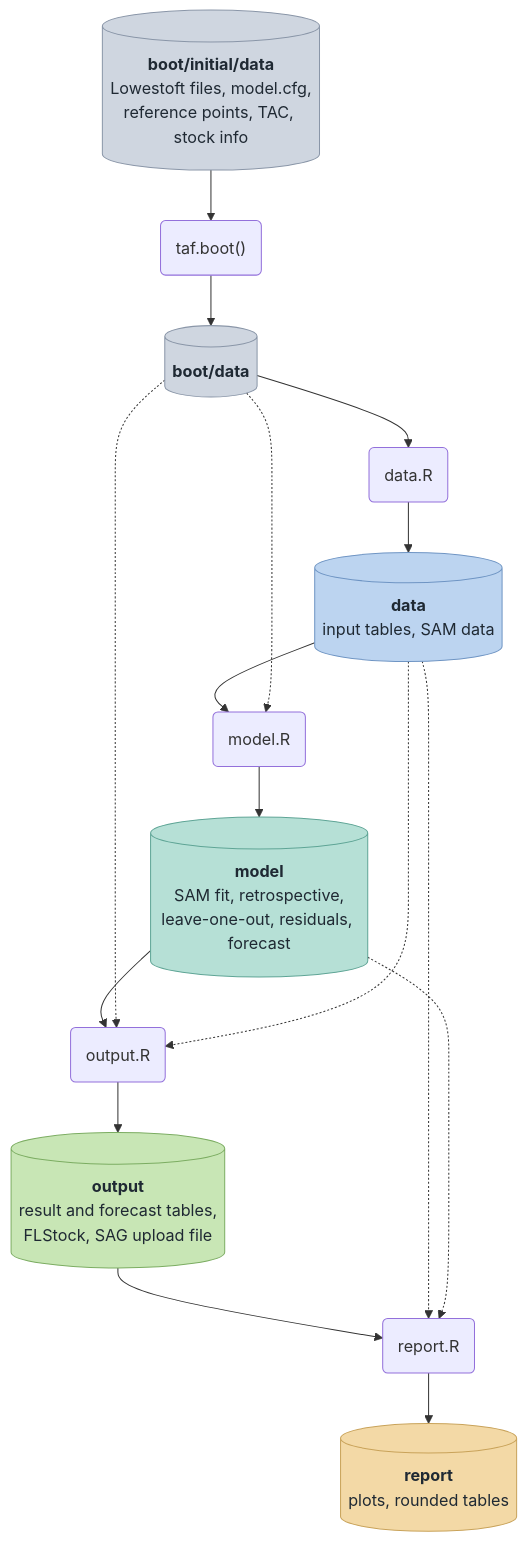
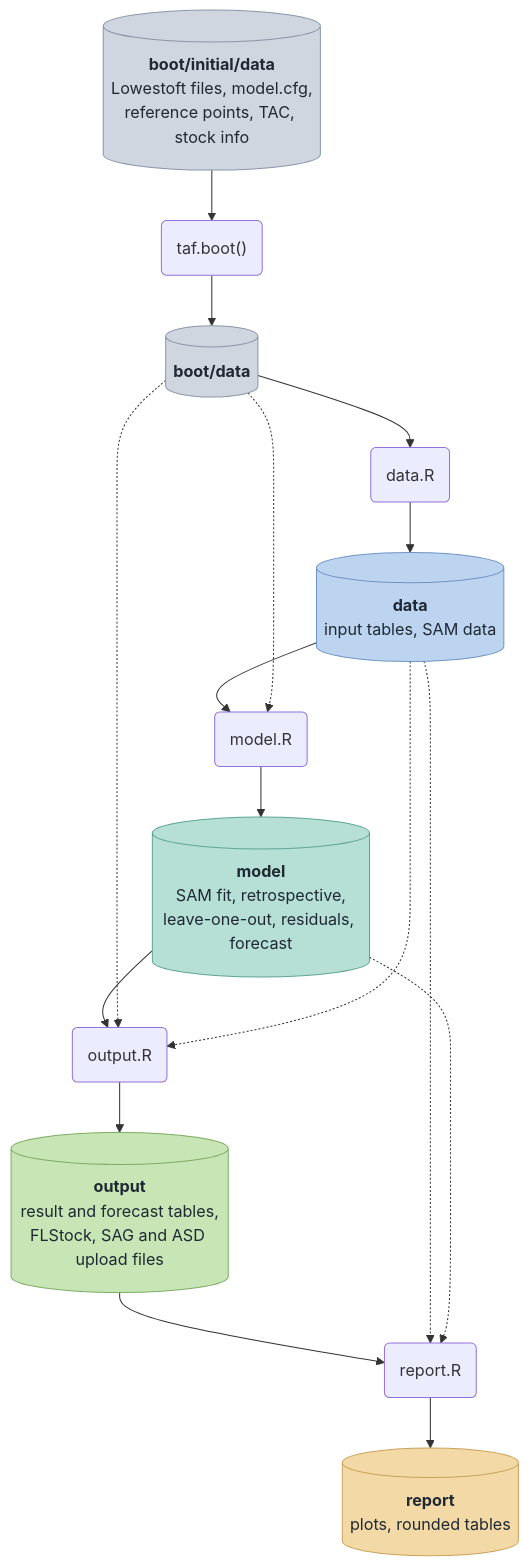
One commit to ices-tools-dev/SAM_taf_template changed the first of 5 diagrams in README.Rmd. Above: the diagram before and after it, drawn with Mermaid. The commit also changed other lines of this file and 4 other files, not shown here.

Commit message:
Add ASD upload file, remove unused data validator

````diff
--- a/README.Rmd
+++ b/README.Rmd
@@ -11,30 +11,30 @@
 ```mermaid
 flowchart TD
   A[("<b>boot/initial/data</b><br/>Lowestoft files, model.cfg,<br/>reference points, TAC, stock info")]
   B[("<b>boot/data</b>")]
   C[("<b>data</b><br/>input tables, SAM data")]
   D[("<b>model</b><br/>SAM fit, retrospective,<br/>leave-one-out, residuals, forecast")]
-  E[("<b>output</b><br/>result and forecast tables,<br/>FLStock, SAG upload file")]
+  E[("<b>output</b><br/>result and forecast tables,<br/>FLStock, SAG and ASD upload files")]
   F[("<b>report</b><br/>plots, rounded tables")]
   P0("taf.boot()")
   P1("data.R")
   P2("model.R")
   P3("output.R")
   P4("report.R")
   A --> P0 --> B --> P1 --> C --> P2 --> D --> P3 --> E --> P4 --> F
   B -.-> P2
   B -.-> P3
   C -.-> P3
   C -.-> P4
   D -.-> P4
   classDef boot fill:#cfd6e0,stroke:#8a96a8,color:#1f2933
   classDef data fill:#bcd4f0,stroke:#6f95c4,color:#1f2933
   classDef model fill:#b6e0d6,stroke:#5fa596,color:#1f2933
   classDef output fill:#c8e6b5,stroke:#7cad62,color:#1f2933
   classDef report fill:#f3d9a6,stroke:#c9a35a,color:#1f2933
   class A,B boot
   class C data
   class D model
   class E output
   class F report
 ```
````
